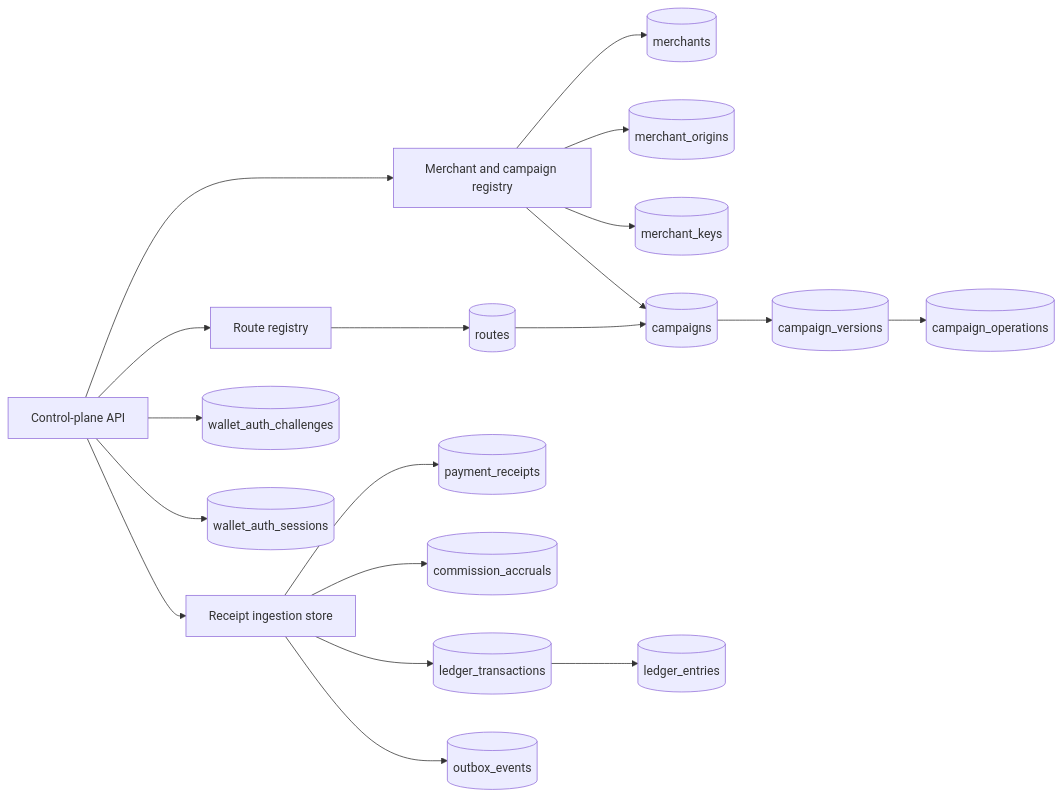
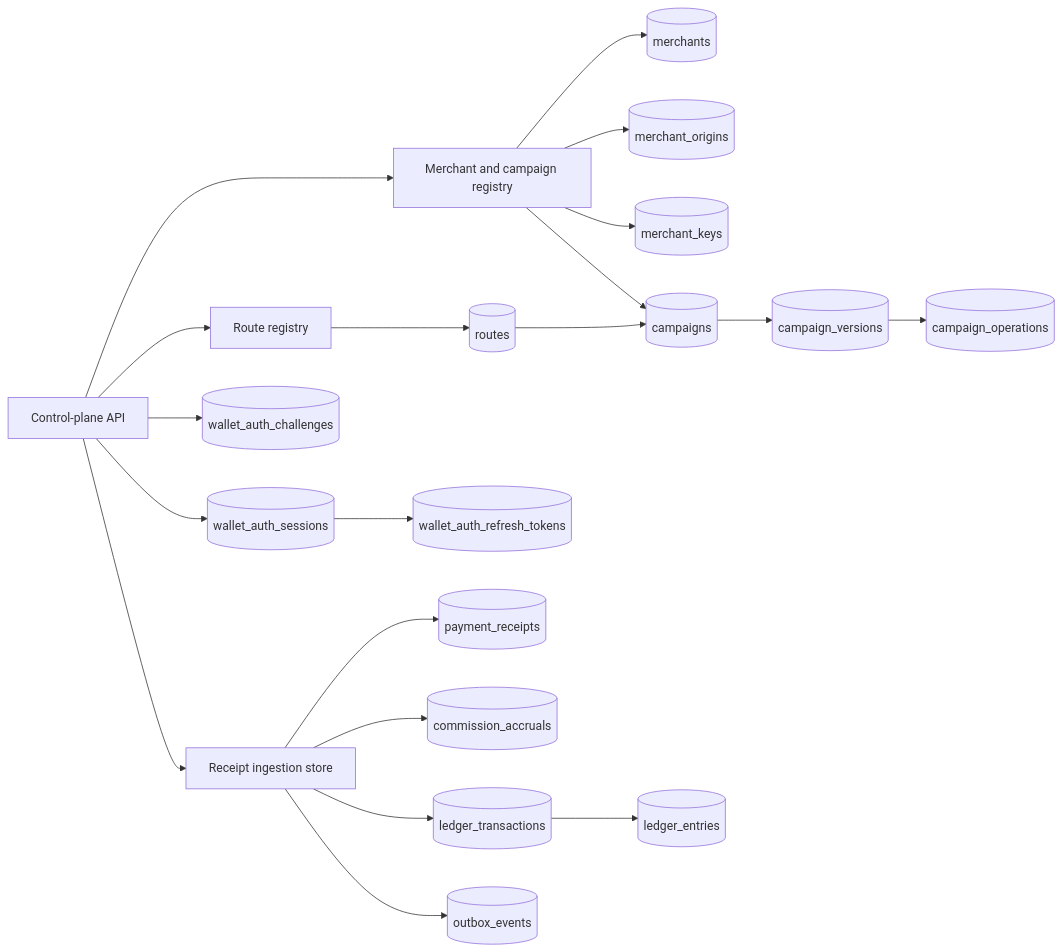
Before and after one commit to split402protocol/splitx402: the eighth of 8 diagrams in README.md, drawn with Mermaid. The commit also changed other lines of this file and 14 other files, not shown here.

Commit message:
Add wallet auth refresh tokens

````diff
--- a/README.md
+++ b/README.md
@@ -276,40 +278,42 @@
 ```mermaid
 flowchart LR
   API["Control-plane API"]
   Registry["Merchant and campaign registry"]
   RouteRegistry["Route registry"]
   Ingestion["Receipt ingestion store"]
   Merchants[("merchants")]
   Origins[("merchant_origins")]
   Keys[("merchant_keys")]
   CampaignRows[("campaigns")]
   CampaignVersions[("campaign_versions")]
   CampaignOps[("campaign_operations")]
   Routes[("routes")]
   Challenges[("wallet_auth_challenges")]
   Sessions[("wallet_auth_sessions")]
+  RefreshTokens[("wallet_auth_refresh_tokens")]
   Receipts[("payment_receipts")]
   Accruals[("commission_accruals")]
   LedgerTx[("ledger_transactions")]
   LedgerEntries[("ledger_entries")]
   Outbox[("outbox_events")]
 
   API --> Registry
   API --> RouteRegistry
   API --> Ingestion
   Registry --> Merchants
   Registry --> Origins
   Registry --> Keys
   Registry --> CampaignRows
   CampaignRows --> CampaignVersions
   CampaignVersions --> CampaignOps
   RouteRegistry --> Routes
   Routes --> CampaignRows
   API --> Challenges
   API --> Sessions
+  Sessions --> RefreshTokens
   Ingestion --> Receipts
   Ingestion --> Accruals
   Ingestion --> LedgerTx
   LedgerTx --> LedgerEntries
   Ingestion --> Outbox
 ```
````
